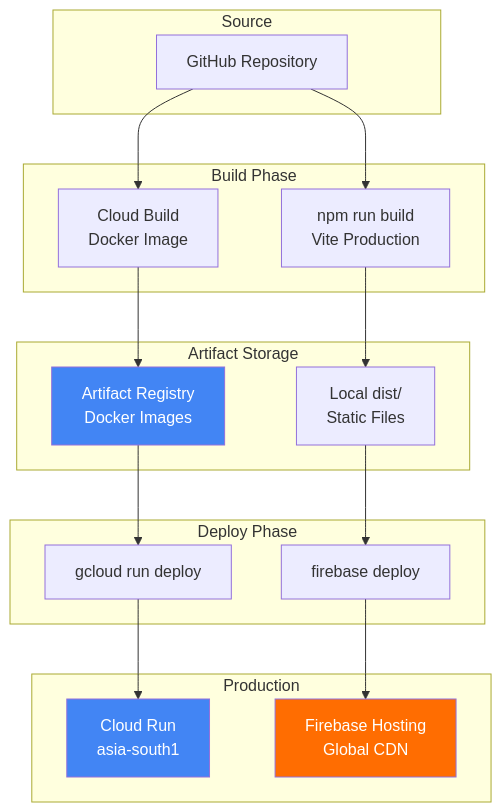
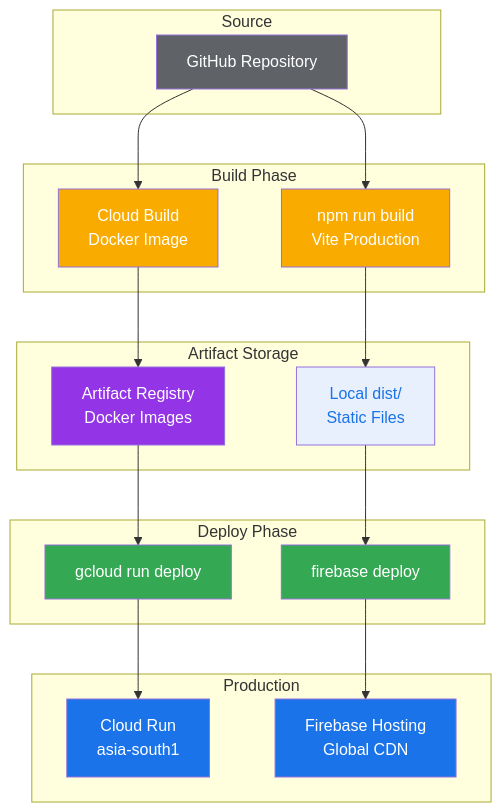
Diagram 12 of 23 in ARCHITECTURE.md (gadekar-pravin/InsightAgent), drawn with Mermaid before and after one commit. The commit also changed other lines of this file, not shown here.

First line of the commit message:
Implement consistent color theme for all Mermaid diagrams

````diff
--- a/ARCHITECTURE.md
+++ b/ARCHITECTURE.md
@@ -434,33 +495,39 @@
 ```mermaid
 flowchart TB
     subgraph "Source"
         CODE[GitHub Repository]
     end
 
     subgraph "Build Phase"
         BUILD_BE[Cloud Build<br/>Docker Image]
         BUILD_FE[npm run build<br/>Vite Production]
     end
 
     subgraph "Artifact Storage"
         AR[Artifact Registry<br/>Docker Images]
         DIST[Local dist/<br/>Static Files]
     end
 
     subgraph "Deploy Phase"
         DEPLOY_BE[gcloud run deploy]
         DEPLOY_FE[firebase deploy]
     end
 
     subgraph "Production"
         CR[Cloud Run<br/>asia-south1]
         FH[Firebase Hosting<br/>Global CDN]
     end
 
     CODE --> BUILD_BE --> AR --> DEPLOY_BE --> CR
     CODE --> BUILD_FE --> DIST --> DEPLOY_FE --> FH
 
-    style AR fill:#4285F4,color:#fff
-    style CR fill:#4285F4,color:#fff
-    style FH fill:#FF6D01,color:#fff
+    style CODE fill:#5F6368,color:#fff
+    style BUILD_BE fill:#F9AB00,color:#fff
+    style BUILD_FE fill:#F9AB00,color:#fff
+    style AR fill:#9334E6,color:#fff
+    style DIST fill:#E8F0FE,color:#1A73E8
+    style DEPLOY_BE fill:#34A853,color:#fff
+    style DEPLOY_FE fill:#34A853,color:#fff
+    style CR fill:#1A73E8,color:#fff
+    style FH fill:#1A73E8,color:#fff
 ```
````
